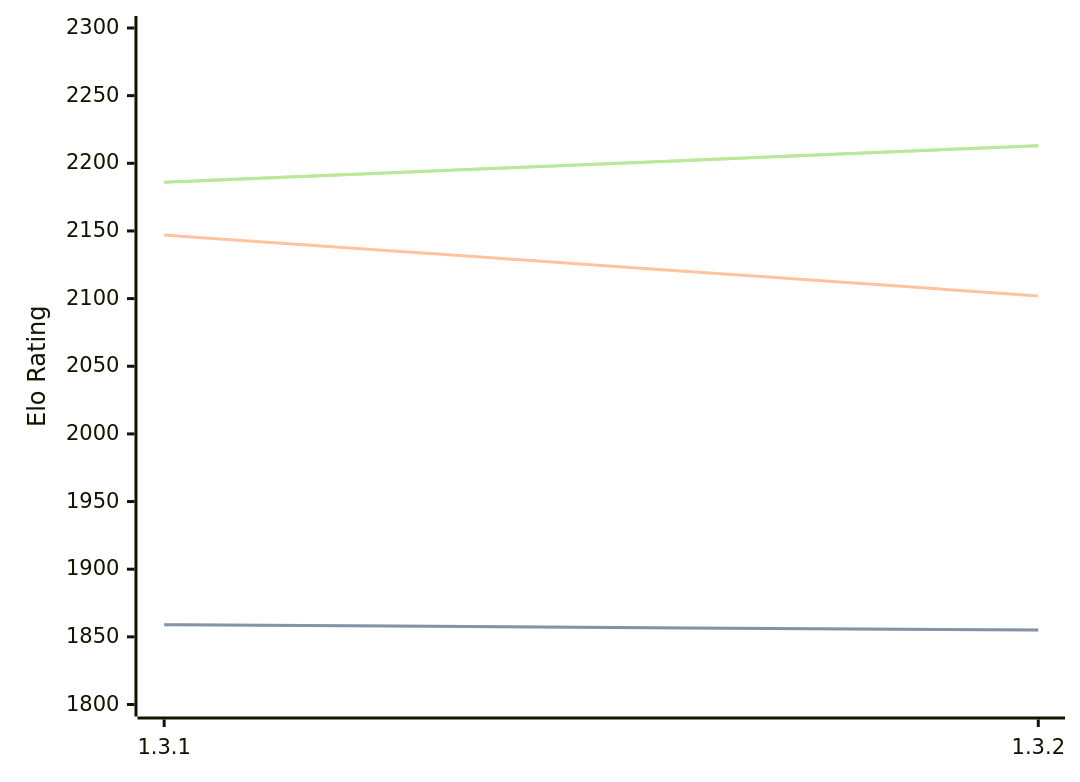
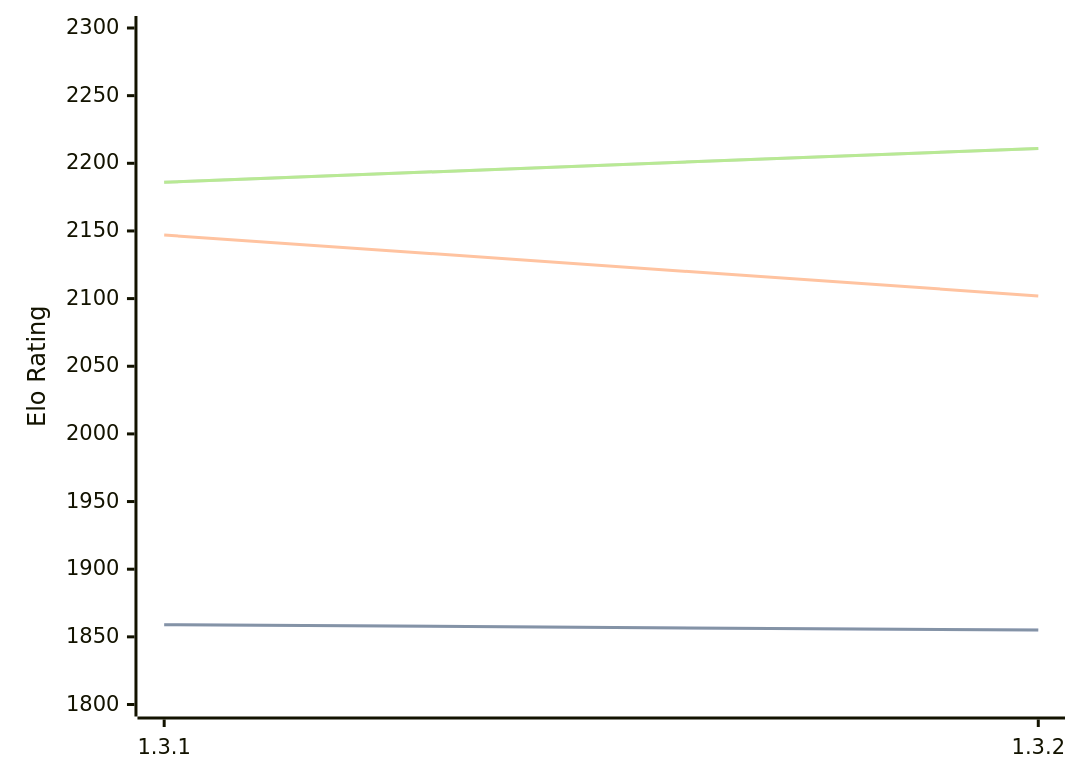
The diagram in engines/Zugblitz.md (computer-chess-index/cci), drawn with Mermaid before and after one commit. The commit also changed other lines of this file, not shown here.

Commit message:
Update CCI Ratings (ELO VLTC) - 2026-09-09

````diff
--- a/engines/Zugblitz.md
+++ b/engines/Zugblitz.md
@@ -32,11 +32,11 @@
 ```mermaid
 %%{init: {"theme":"base","themeVariables":{"seriesColors:['#a3a3a3','#222221','#faa371']}}}%%
 xychart-beta
   x-axis ["1.3.1", "1.3.2"]
   y-axis "Elo Rating" 1800 --> 2300
   line "" [1859, 1855]
   line "STC (8.0+0.08s)" [1859, 1855]
   line "LTC (60.0+0.60s)" [2147, 2102]
-  line "" [2186, 2213]
-  line "VLTC (2m24s+1.12s)" [2186, 2213]
+  line "" [2186, 2211]
+  line "VLTC (2m24s+1.12s)" [2186, 2211]
 ```
````
